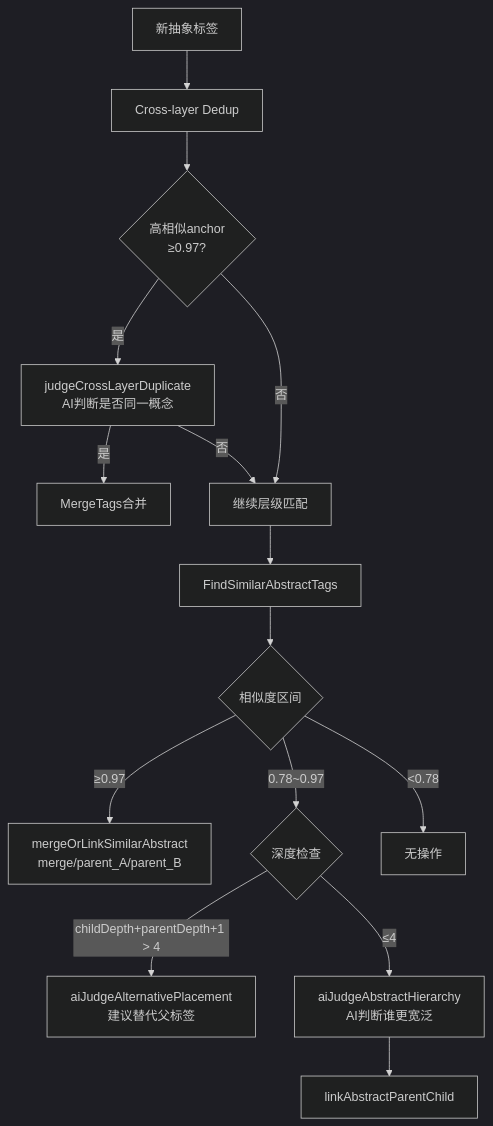
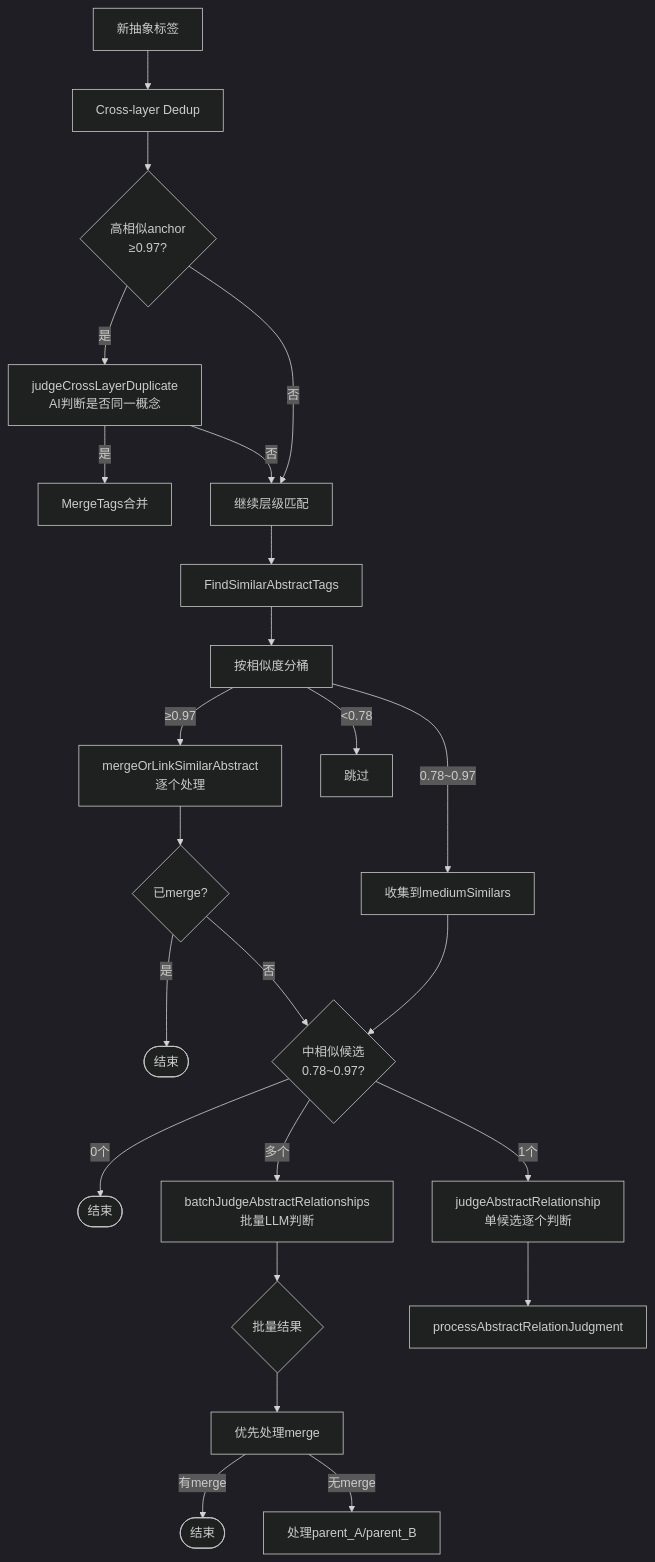
Before and after one commit to ZanebonoAlter/ZanebonoRssReader: the fifth of 10 diagrams in docs/guides/tagging-flow.md, drawn with Mermaid (dark theme). The commit also changed other lines of this file and 67 other files, not shown here.

````diff
--- a/docs/guides/tagging-flow.md
+++ b/docs/guides/tagging-flow.md
@@ -140,18 +142,29 @@
 ```mermaid
 flowchart TD
     A[新抽象标签] --> B[Cross-layer Dedup]
     B --> C{高相似anchor<br/>≥0.97?}
     C -->|是| D[judgeCrossLayerDuplicate<br/>AI判断是否同一概念]
     D -->|是| E[MergeTags合并]
     D -->|否| F[继续层级匹配]
     C -->|否| F
     
     F --> G[FindSimilarAbstractTags]
-    G --> H{相似度区间}
-    H -->|≥0.97| I[mergeOrLinkSimilarAbstract<br/>merge/parent_A/parent_B]
-    H -->|0.78~0.97| J{深度检查}
-    J -->|childDepth+parentDepth+1 > 4| K[aiJudgeAlternativePlacement<br/>建议替代父标签]
-    J -->|≤4| L[aiJudgeAbstractHierarchy<br/>AI判断谁更宽泛]
-    L --> M[linkAbstractParentChild]
-    H -->|<0.78| N[无操作]
+    G --> SPLIT[按相似度分桶]
+    SPLIT -->|≥0.97| I[mergeOrLinkSimilarAbstract<br/>逐个处理]
+    I --> MERGED{已merge?}
+    MERGED -->|是| END1([结束])
+    MERGED -->|否| CHECK{中相似候选<br/>0.78~0.97?}
+    SPLIT -->|0.78~0.97| COLLECT[收集到mediumSimilars]
+    SPLIT -->|<0.78| SKIP[跳过]
+    COLLECT --> CHECK
+
+    CHECK -->|0个| END2([结束])
+    CHECK -->|1个| SINGLE[judgeAbstractRelationship<br/>单候选逐个判断]
+    CHECK -->|多个| BATCH[batchJudgeAbstractRelationships<br/>批量LLM判断]
+    
+    BATCH --> BATCHRESULT{批量结果}
+    BATCHRESULT --> MERGE_FIRST[优先处理merge]
+    MERGE_FIRST -->|有merge| END3([结束])
+    MERGE_FIRST -->|无merge| PARENT[处理parent_A/parent_B]
+    SINGLE --> SINGLEPROC[processAbstractRelationJudgment]
 ```
````
